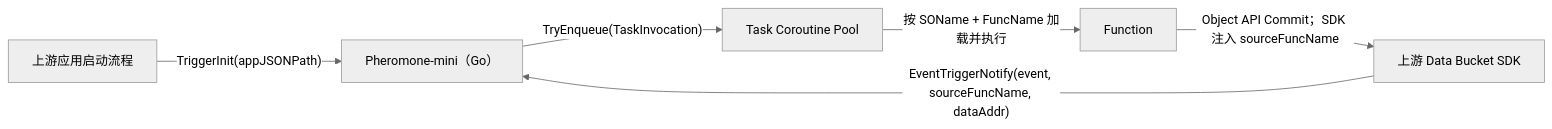
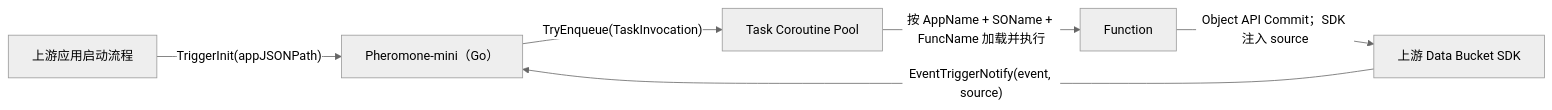
One commit to 10wvw01/Pheromone-mini changed the fourth of 7 diagrams in docs/DESIGN.md. Above: the diagram before and after it, drawn with Mermaid (neutral theme). The commit also changed other lines of this file and 18 other files, not shown here.

Commit message:
Route App-scoped batches with a minimal Pool contract

```diff
--- a/docs/DESIGN.md
+++ b/docs/DESIGN.md
@@ -744,8 +684,8 @@
 ~~~mermaid
 flowchart LR
     APP["上游应用启动流程"] -->|"TriggerInit(appJSONPath)"| PM["Pheromone-mini（Go）"]
-    SDK["上游 Data Bucket SDK"] -->|"EventTriggerNotify(event, sourceFuncName, dataAddr)"| PM
+    SDK["上游 Data Bucket SDK"] -->|"EventTriggerNotify(event, source)"| PM
     PM -->|"TryEnqueue(TaskInvocation)"| POOL["Task Coroutine Pool"]
-    POOL -->|"按 SOName + FuncName 加载并执行"| FN["Function"]
-    FN -->|"Object API Commit；SDK 注入 sourceFuncName"| SDK
+    POOL -->|"按 AppName + SOName + FuncName 加载并执行"| FN["Function"]
+    FN -->|"Object API Commit；SDK 注入 source"| SDK
 ~~~
```
